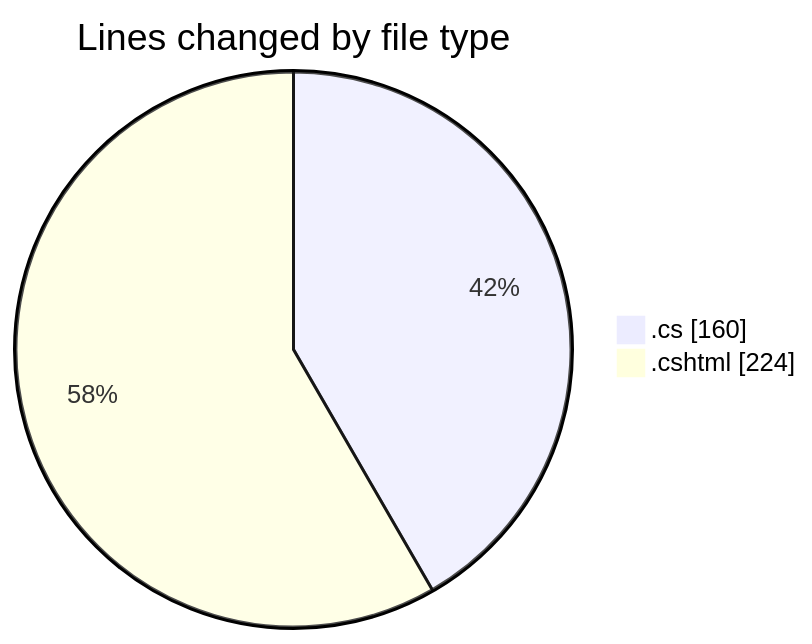
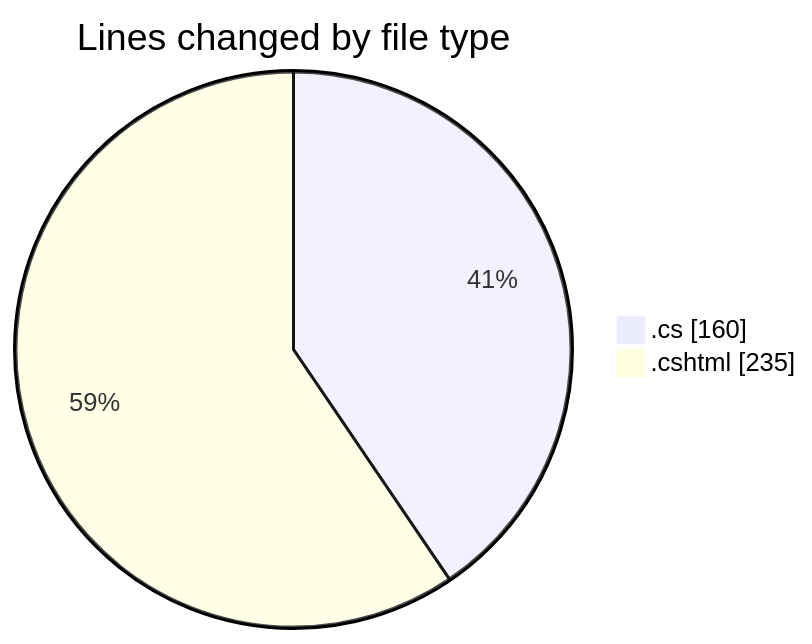
One commit to lephambinh05/code-tracking changed the first of 2 diagrams in 2025-07-16/nhahang/README.md. Above: the diagram before and after it, drawn with Mermaid. The commit also changed other lines of this file and 1 other file, not shown here.

````diff
--- a/2025-07-16/nhahang/README.md
+++ b/2025-07-16/nhahang/README.md
@@ -35,6 +35,6 @@
 ```mermaid
 pie showData
 title Lines changed by file type
 ".cs" : 160
-".cshtml" : 224
+".cshtml" : 235
 ```
````
